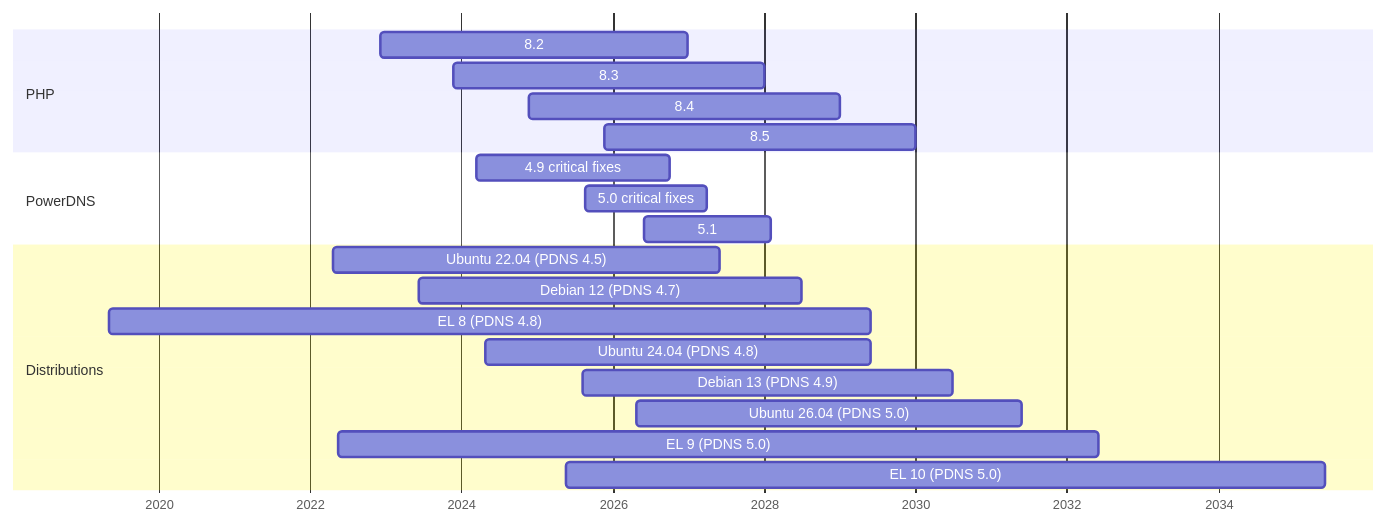
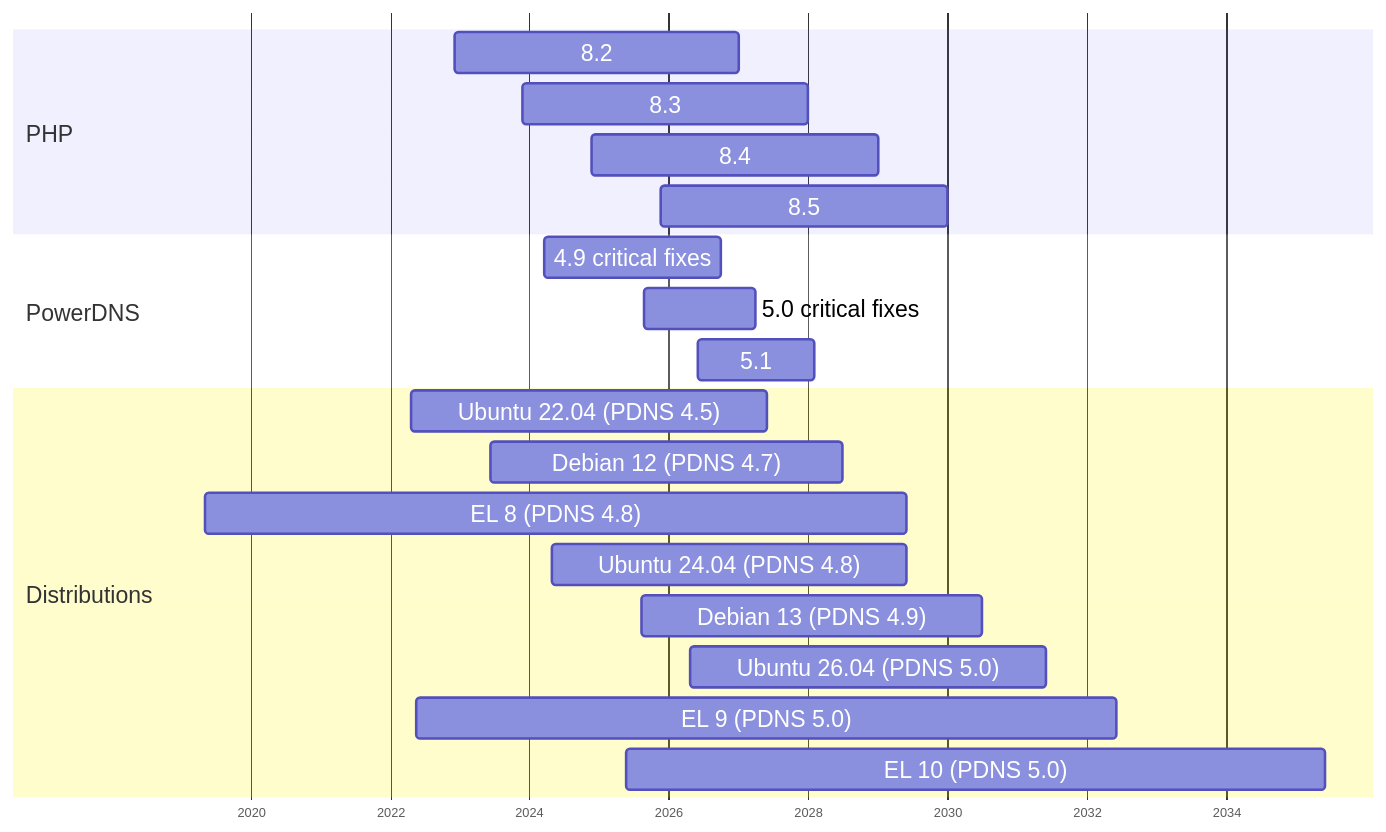
Before and after one commit to poweradmin/poweradmin-docs: the second of 2 diagrams in docs/getting-started/lifecycle.md, drawn with Mermaid. The commit also changed other lines of this file and 3 other files, not shown here.

Commit message:
docs(lifecycle): make the Gantt charts readable on laptop screens and soften the LTS red

````diff
--- a/docs/getting-started/lifecycle.md
+++ b/docs/getting-started/lifecycle.md
@@ -62,27 +63,28 @@
 ```mermaid
+%%{init: {'themeCSS': 'text { font-family: var(--md-mermaid-font-family); } .tick text { font-size: 16px; }', 'gantt': {'fontSize': 18, 'sectionFontSize': 18, 'barHeight': 32, 'barGap': 8, 'leftPadding': 150}}}%%
 gantt
     dateFormat YYYY-MM-DD
     axisFormat %Y
     todayMarker on
 
     section PHP
     8.2                  :2022-12-08, 2026-12-31
     8.3                  :2023-11-23, 2027-12-31
     8.4                  :2024-11-21, 2028-12-31
     8.5                  :2025-11-20, 2029-12-31
 
     section PowerDNS
     4.9 critical fixes   :2024-03-15, 2026-09-30
     5.0 critical fixes   :2025-08-22, 2027-03-31
     5.1                  :2026-06-03, 2028-01-31
 
     section Distributions
     Ubuntu 22.04 (PDNS 4.5)  :2022-04-21, 2027-06-01
     Debian 12 (PDNS 4.7)     :2023-06-10, 2028-06-30
     EL 8 (PDNS 4.8)          :2019-05-07, 2029-05-31
     Ubuntu 24.04 (PDNS 4.8)  :2024-04-25, 2029-05-31
     Debian 13 (PDNS 4.9)     :2025-08-09, 2030-06-30
     Ubuntu 26.04 (PDNS 5.0)  :2026-04-23, 2031-05-29
     EL 9 (PDNS 5.0)          :2022-05-18, 2032-05-31
     EL 10 (PDNS 5.0)         :2025-05-20, 2035-05-31
 ```
````
